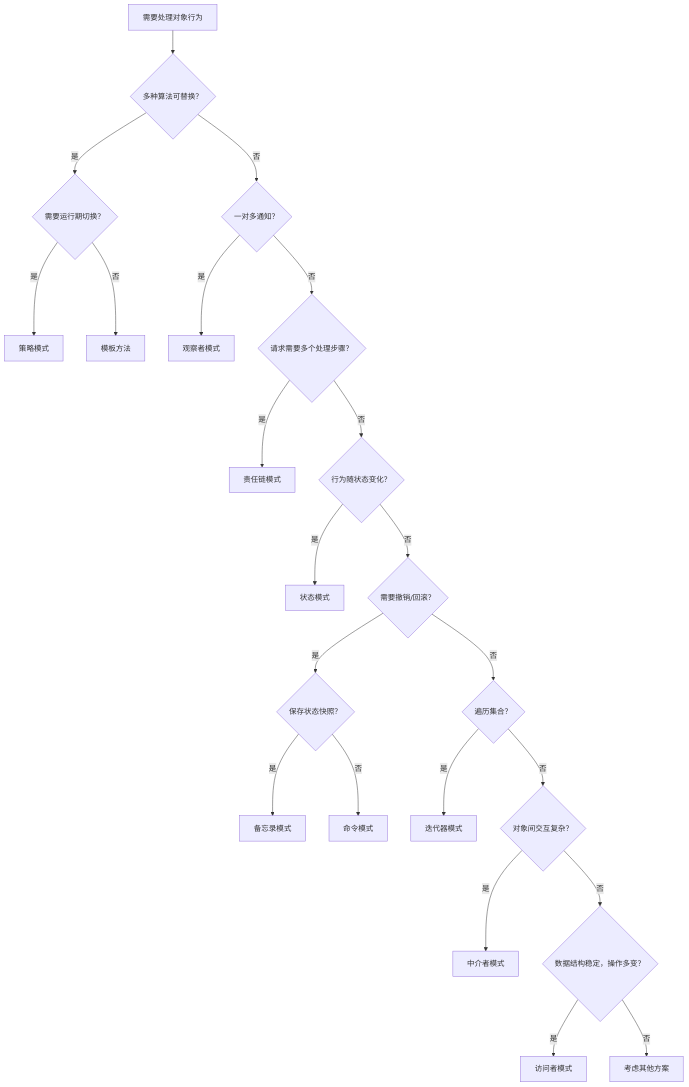
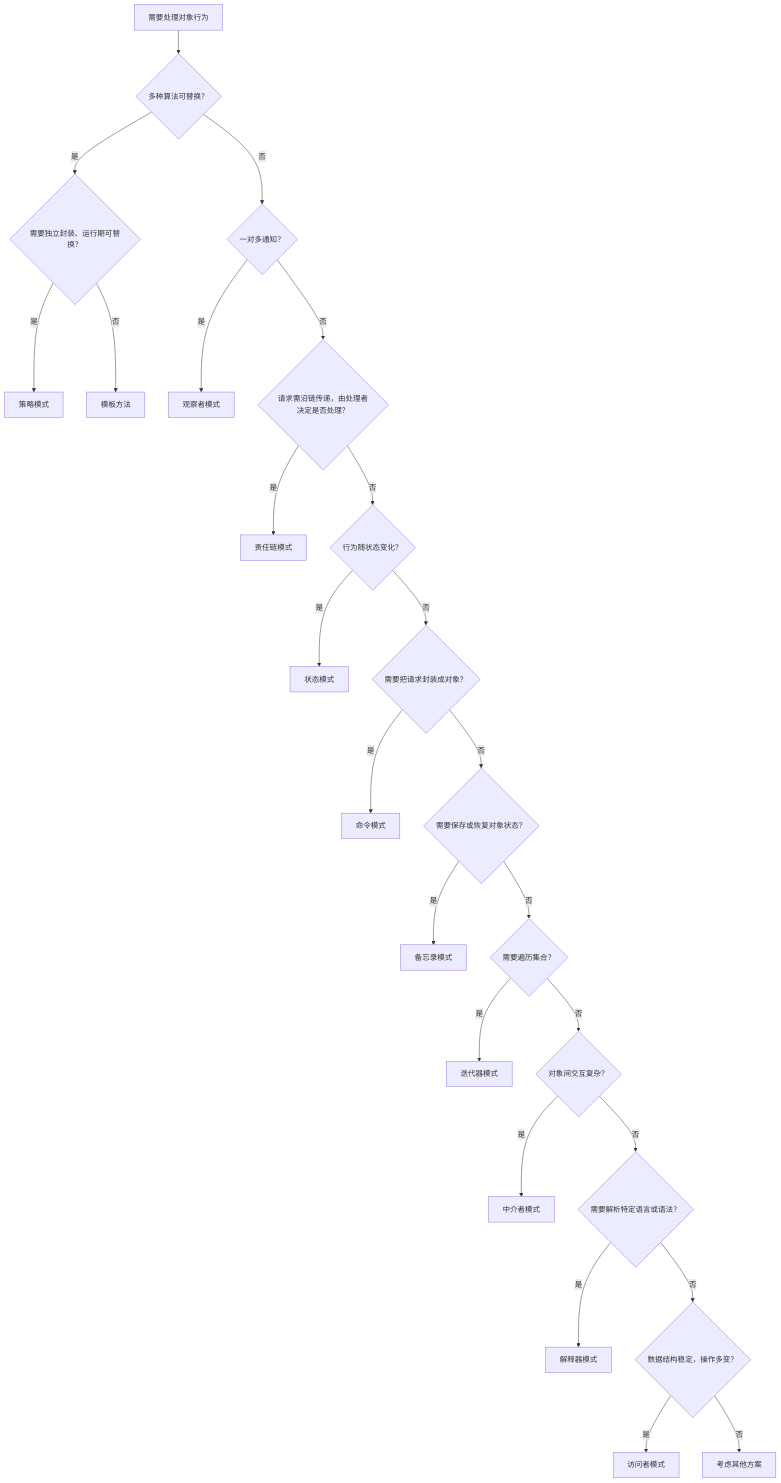
Before and after one commit to b1tzer/the-stack: the diagram in docs/design-pattern/03-behavioral/chapter-11-behavioral-comparison.md, drawn with Mermaid. The commit also changed other lines of this file and 10 other files, not shown here.

````diff
--- a/docs/design-pattern/03-behavioral/chapter-11-behavioral-comparison.md
+++ b/docs/design-pattern/03-behavioral/chapter-11-behavioral-comparison.md
@@ -67,24 +67,26 @@
 ```mermaid
 flowchart TD
     A[需要处理对象行为] --> B{多种算法可替换？}
-    B -->|是| C{需要运行期切换？}
+    B -->|是| C{需要独立封装、运行期可替换？}
     C -->|是| D[策略模式]
     C -->|否| E[模板方法]
     B -->|否| F{一对多通知？}
     F -->|是| G[观察者模式]
-    F -->|否| H{请求需要多个处理步骤？}
+    F -->|否| H{请求需沿链传递，由处理者决定是否处理？}
     H -->|是| I[责任链模式]
     H -->|否| J{行为随状态变化？}
     J -->|是| K[状态模式]
-    J -->|否| L{需要撤销/回滚？}
-    L -->|是| M{保存状态快照？}
-    M -->|是| N[备忘录模式]
-    M -->|否| O[命令模式]
-    L -->|否| P{遍历集合？}
+    J -->|否| L{需要把请求封装成对象？}
+    L -->|是| M[命令模式]
+    L -->|否| N{需要保存或恢复对象状态？}
+    N -->|是| O[备忘录模式]
+    N -->|否| P{需要遍历集合？}
     P -->|是| Q[迭代器模式]
     P -->|否| R{对象间交互复杂？}
     R -->|是| S[中介者模式]
-    R -->|否| T{数据结构稳定，操作多变？}
-    T -->|是| U[访问者模式]
-    T -->|否| V[考虑其他方案]
+    R -->|否| T{需要解析特定语言或语法？}
+    T -->|是| U[解释器模式]
+    T -->|否| V{数据结构稳定，操作多变？}
+    V -->|是| W[访问者模式]
+    V -->|否| X[考虑其他方案]
 ```
````
